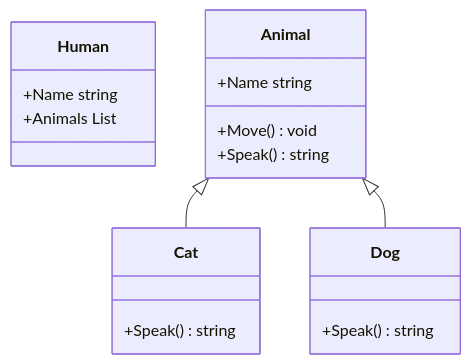
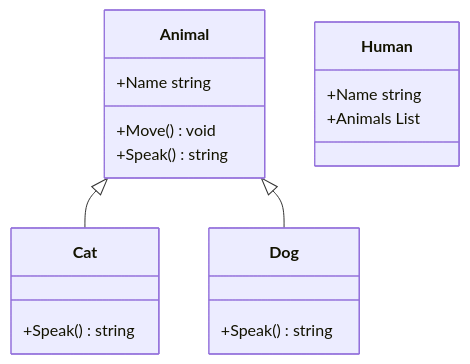
The diagram in UML.md (nurzhanme/SharpmaidGithubActionSample), drawn with Mermaid before and after one commit. The commit also changed other lines of this file, not shown here.

Commit message:
UML generated

````diff
--- a/UML.md
+++ b/UML.md
@@ -1,20 +1,20 @@
 ```mermaid
 classDiagram
-class Human{
-+Name string
-+Animals List<Animal>
-}
 Animal  <|-- Cat
 class Cat{
++Speak() string
+}
+Animal  <|-- Dog
+class Dog{
 +Speak() string
 }
 class Animal{
 +Name string
 +Move() void
 +Speak() string
 }
-Animal  <|-- Dog
-class Dog{
-+Speak() string
+class Human{
++Name string
++Animals List<Animal>
 }
 ```
````
